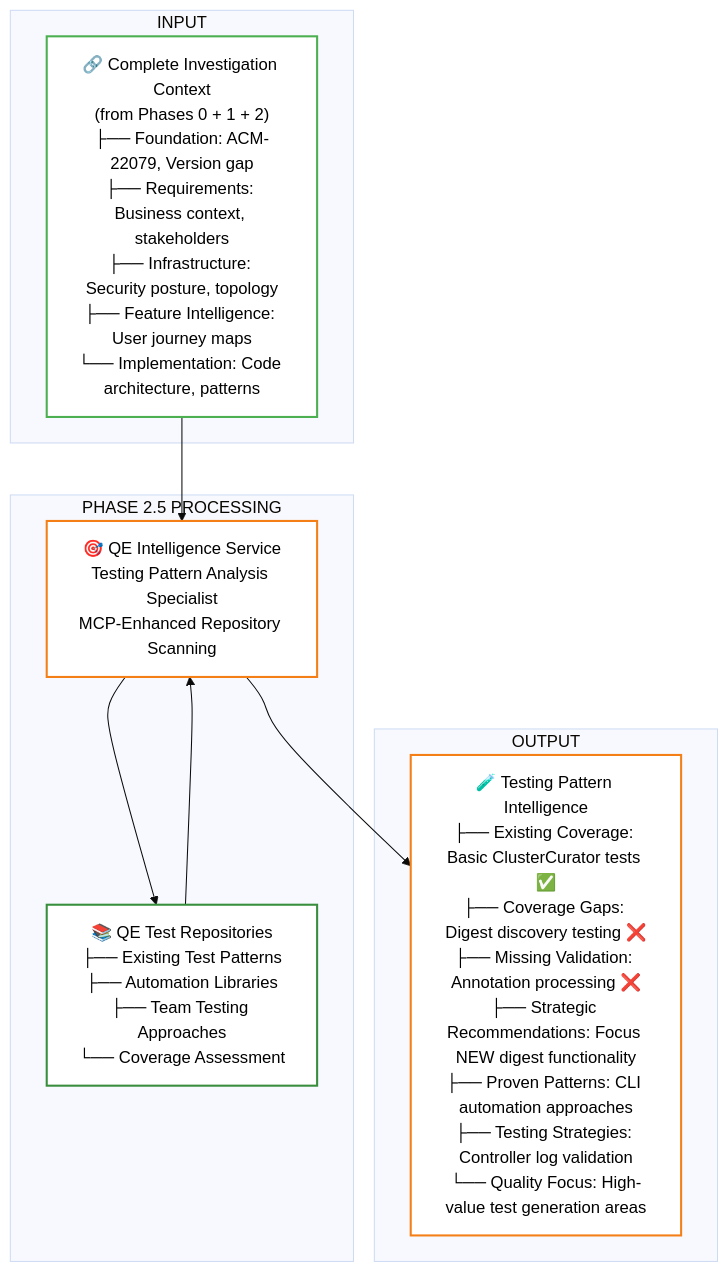
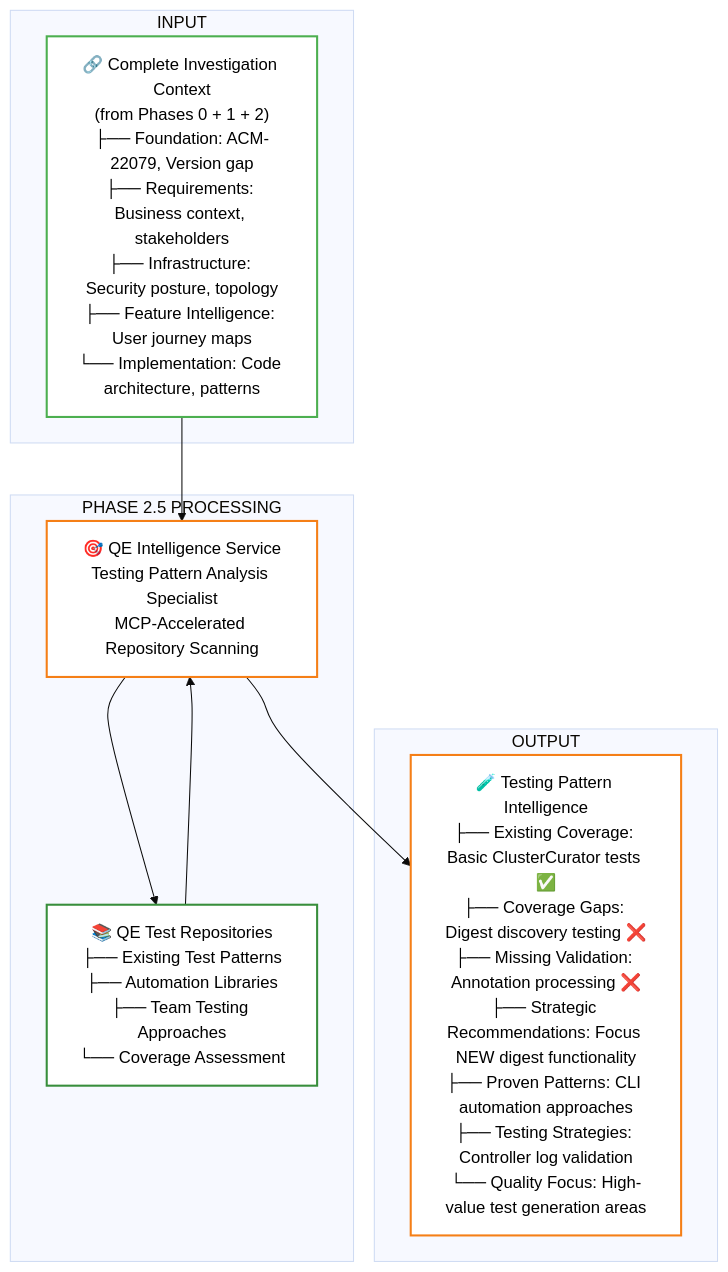
One commit to stolostron/ai-test-gen changed the sixth of 12 diagrams in apps/claude-test-generator/docs/agents_concepts_workflow.md. Above: the diagram before and after it, drawn with Mermaid (base theme). The commit also changed other lines of this file and 630 other files, not shown here.

````diff
--- a/apps/claude-test-generator/docs/agents_concepts_workflow.md
+++ b/apps/claude-test-generator/docs/agents_concepts_workflow.md
@@ -865,25 +732,25 @@
 ```mermaid
 graph TB
     subgraph "INPUT"
         COMPLETE_CONTEXT["🔗 Complete Investigation Context<br/>(from Phases 0 + 1 + 2)<br/>├── Foundation: ACM-22079, Version gap<br/>├── Requirements: Business context, stakeholders<br/>├── Infrastructure: Security posture, topology<br/>├── Feature Intelligence: User journey maps<br/>└── Implementation: Code architecture, patterns"]
     end
     
     subgraph "PHASE 2.5 PROCESSING"
-        QE_SERVICE["🎯 QE Intelligence Service<br/>Testing Pattern Analysis Specialist<br/>MCP-Enhanced Repository Scanning"]
+        QE_SERVICE["🎯 QE Intelligence Service<br/>Testing Pattern Analysis Specialist<br/>MCP-Accelerated Repository Scanning"]
         QE_REPOS["📚 QE Test Repositories<br/>├── Existing Test Patterns<br/>├── Automation Libraries<br/>├── Team Testing Approaches<br/>└── Coverage Assessment"]
     end
     
     subgraph "OUTPUT"
         TESTING_INTELLIGENCE["🧪 Testing Pattern Intelligence<br/>├── Existing Coverage: Basic ClusterCurator tests ✅<br/>├── Coverage Gaps: Digest discovery testing ❌<br/>├── Missing Validation: Annotation processing ❌<br/>├── Strategic Recommendations: Focus NEW digest functionality<br/>├── Proven Patterns: CLI automation approaches<br/>├── Testing Strategies: Controller log validation<br/>└── Quality Focus: High-value test generation areas"]
     end
     
     COMPLETE_CONTEXT --> QE_SERVICE
     QE_SERVICE --> QE_REPOS
     QE_REPOS --> QE_SERVICE
     QE_SERVICE --> TESTING_INTELLIGENCE
     
     style COMPLETE_CONTEXT fill:#ffffff,stroke:#4caf50,stroke-width:2px,color:#000
     style QE_SERVICE fill:#ffffff,stroke:#f57f17,stroke-width:2px,color:#000
     style QE_REPOS fill:#ffffff,stroke:#388e3c,stroke-width:2px,color:#000
     style TESTING_INTELLIGENCE fill:#ffffff,stroke:#f57f17,stroke-width:2px,color:#000
 ```
````
